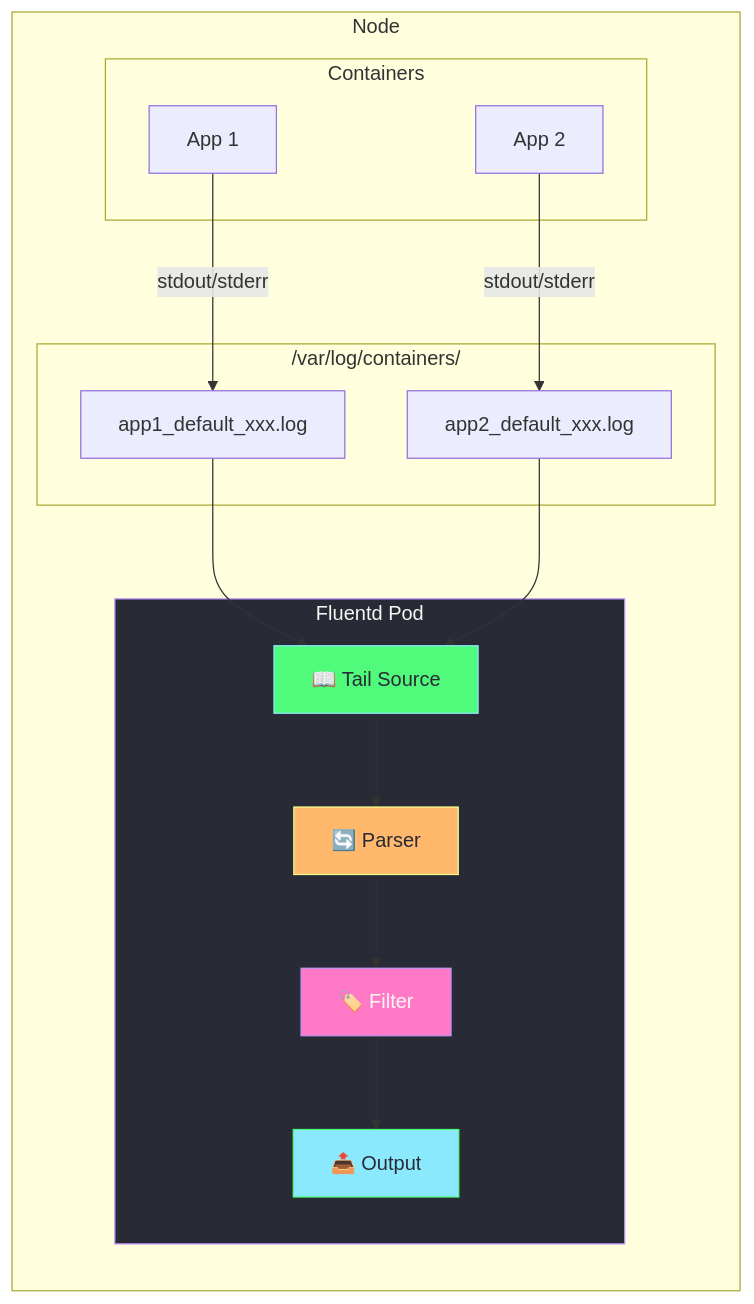
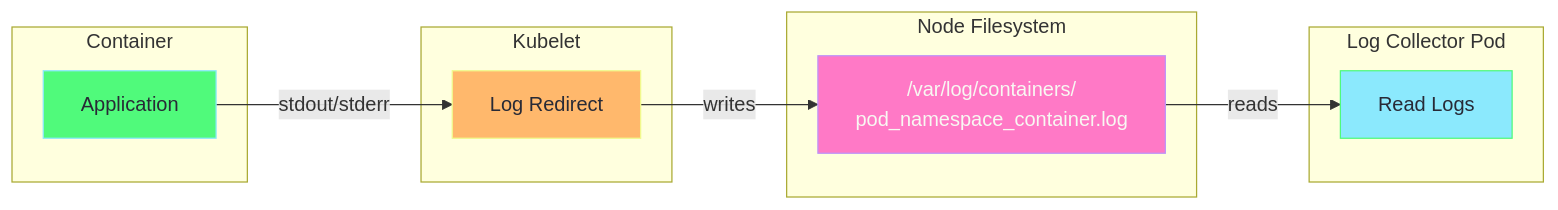
Before and after one commit to selvakumarperumal/k8s_minikube_learn: the second of 6 diagrams in Workload_and_Application_Management/daemonset-fluentd-explained.md, drawn with Mermaid. The commit also changed other lines of this file and 1 other file, not shown here.

First line of the commit message:
fix: simplify log collector DaemonSet and update documentation

````diff
--- a/Workload_and_Application_Management/daemonset-fluentd-explained.md
+++ b/Workload_and_Application_Management/daemonset-fluentd-explained.md
@@ -48,35 +48,27 @@
 ```mermaid
 flowchart LR
-    subgraph Node["Node"]
-        subgraph Containers["Containers"]
-            App1["App 1"]
-            App2["App 2"]
-        end
-        
-        subgraph HostPath["/var/log/containers/"]
-            Log1["app1_default_xxx.log"]
-            Log2["app2_default_xxx.log"]
-        end
-        
-        subgraph Fluentd["Fluentd Pod"]
-            Tail["📖 Tail Source"]
-            Parse["🔄 Parser"]
-            Filter["🏷️ Filter"]
-            Out["📤 Output"]
-        end
+    subgraph Container["Container"]
+        App["Application"]
     end
     
-    App1 -->|stdout/stderr| Log1
-    App2 -->|stdout/stderr| Log2
-    Log1 --> Tail
-    Log2 --> Tail
-    Tail --> Parse
-    Parse --> Filter
-    Filter --> Out
+    subgraph Kubelet["Kubelet"]
+        Redirect["Log Redirect"]
+    end
     
-    style Fluentd fill:#282a36,stroke:#bd93f9,color:#f8f8f2
-    style Tail fill:#50fa7b,stroke:#8be9fd,color:#282a36
-    style Parse fill:#ffb86c,stroke:#f1fa8c,color:#282a36
-    style Filter fill:#ff79c6,stroke:#bd93f9,color:#f8f8f2
-    style Out fill:#8be9fd,stroke:#50fa7b,color:#282a36
+    subgraph Node["Node Filesystem"]
+        LogFile["/var/log/containers/<br/>pod_namespace_container.log"]
+    end
+    
+    subgraph Collector["Log Collector Pod"]
+        Tail["Read Logs"]
+    end
+    
+    App -->|"stdout/stderr"| Redirect
+    Redirect -->|"writes"| LogFile
+    LogFile -->|"reads"| Tail
+    
+    style App fill:#50fa7b,stroke:#8be9fd,color:#282a36
+    style Redirect fill:#ffb86c,stroke:#f1fa8c,color:#282a36
+    style LogFile fill:#ff79c6,stroke:#bd93f9,color:#f8f8f2
+    style Tail fill:#8be9fd,stroke:#50fa7b,color:#282a36
 ```
````
